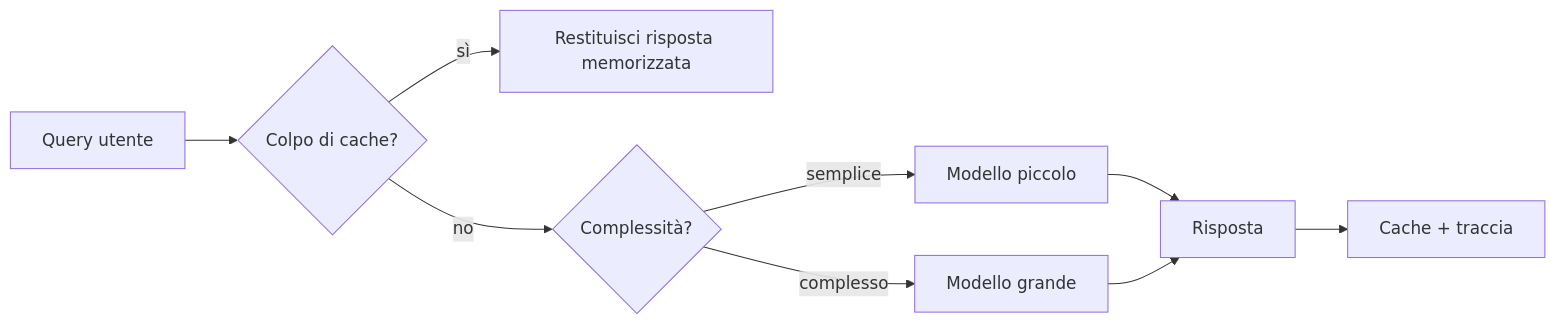
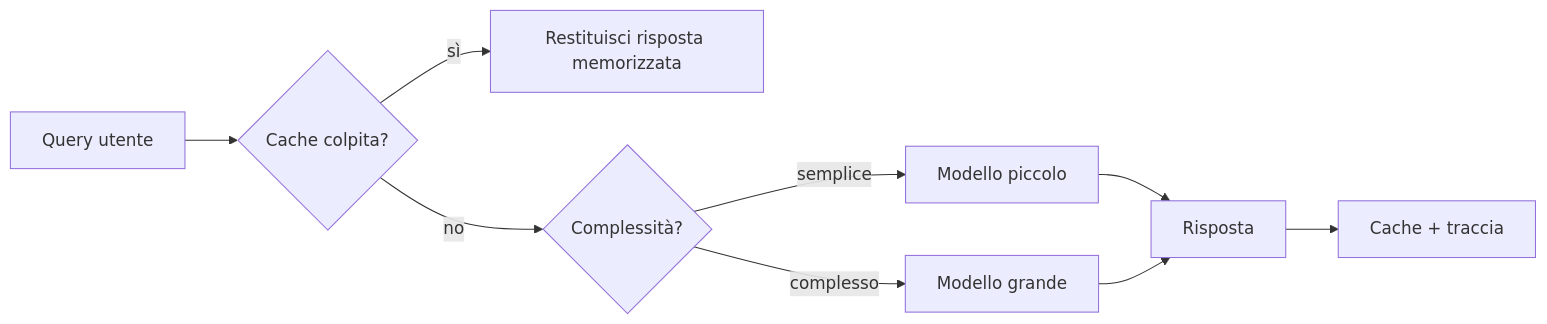
One commit to gabrielmoreira/agent-skills-mirror changed the third of 4 diagrams in mirrors/repos/microsoft@ai-agents-for-beginners/translations/it/16-deploying-scalable-agents/README.md. Above: the diagram before and after it, drawn with Mermaid. The commit also changed other lines of this file and 3581 other files, not shown here.

````diff
--- a/mirrors/repos/microsoft@ai-agents-for-beginners/translations/it/16-deploying-scalable-agents/README.md
+++ b/mirrors/repos/microsoft@ai-agents-for-beginners/translations/it/16-deploying-scalable-agents/README.md
@@ -134,11 +134,11 @@
 ```mermaid
 flowchart LR
-    Q[Query utente] --> C{Colpo di cache?}
+    Q[Query utente] --> C{Cache colpita?}
     C -->|sì| R[Restituisci risposta memorizzata]
     C -->|no| Router{Complessità?}
     Router -->|semplice| SLM[Modello piccolo]
     Router -->|complesso| LLM[Modello grande]
     SLM --> Out[Risposta]
     LLM --> Out
     Out --> Store[Cache + traccia]
 ```
````
